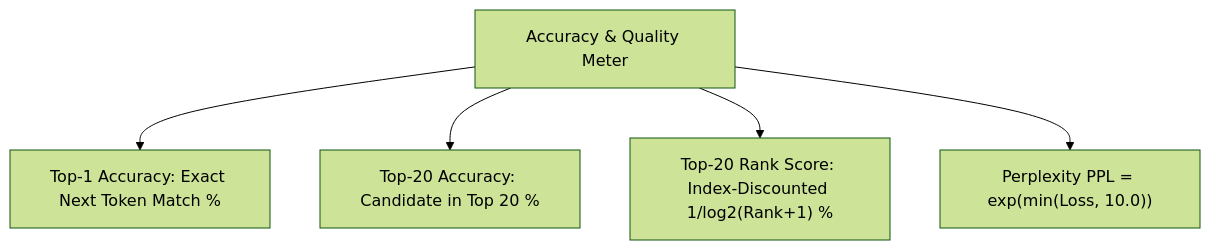
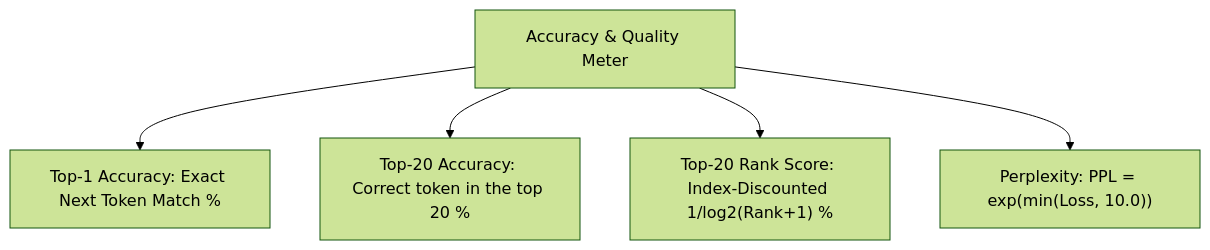
One commit to Heaplyn/NeuralNet changed the diagram in NeuralNet Obsidian/04 - Ring 3 (Data & Training Pipelines)/Evaluation & Checkpoint Lifecycle.md. Above: the diagram before and after it, drawn with Mermaid (forest theme). The commit also changed other lines of this file and 24 other files, not shown here.

````diff
--- a/NeuralNet Obsidian/04 - Ring 3 (Data & Training Pipelines)/Evaluation & Checkpoint Lifecycle.md
+++ b/NeuralNet Obsidian/04 - Ring 3 (Data & Training Pipelines)/Evaluation & Checkpoint Lifecycle.md
@@ -9,8 +31,8 @@
 ```mermaid
 graph TD
     Meter["Accuracy & Quality Meter"]
     Meter --> Top1["Top-1 Accuracy: Exact Next Token Match %"]
-    Meter --> Top20["Top-20 Accuracy: Candidate in Top 20 %"]
+    Meter --> Top20["Top-20 Accuracy: Correct token in the top 20 %"]
     Meter --> RankScore["Top-20 Rank Score: Index-Discounted 1/log2(Rank+1) %"]
-    Meter --> PPL["Perplexity PPL = exp(min(Loss, 10.0))"]
+    Meter --> PPL["Perplexity: PPL = exp(min(Loss, 10.0))"]
 ```
````
